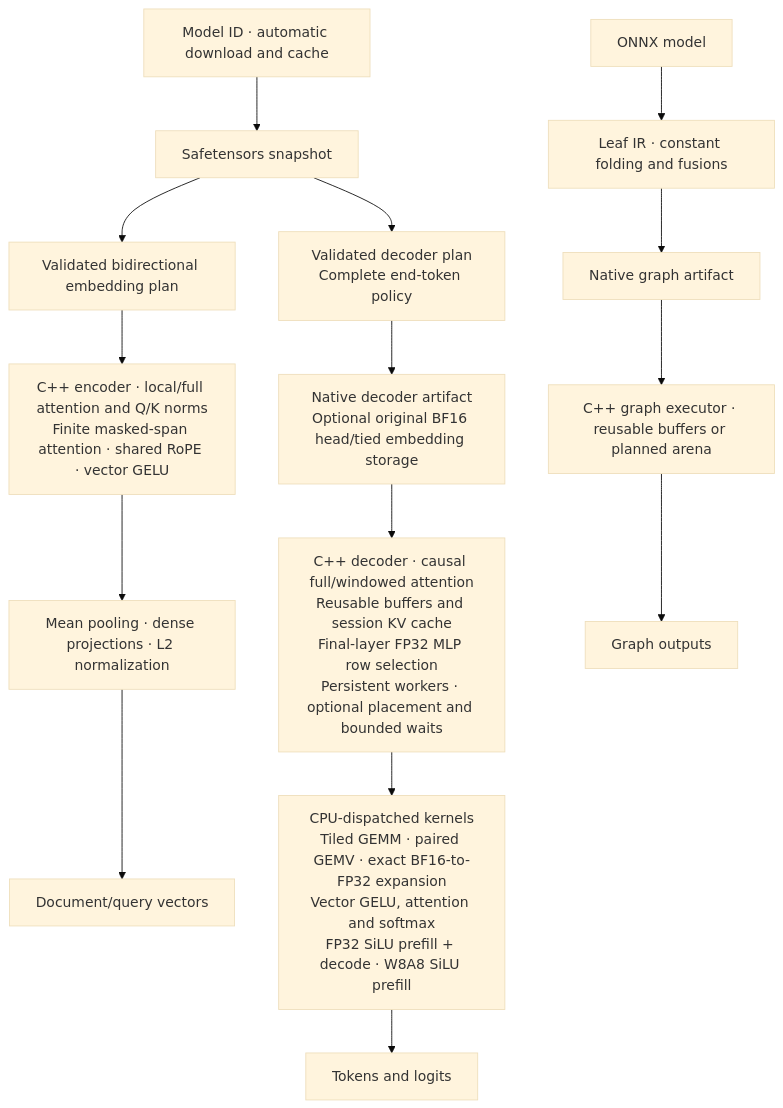
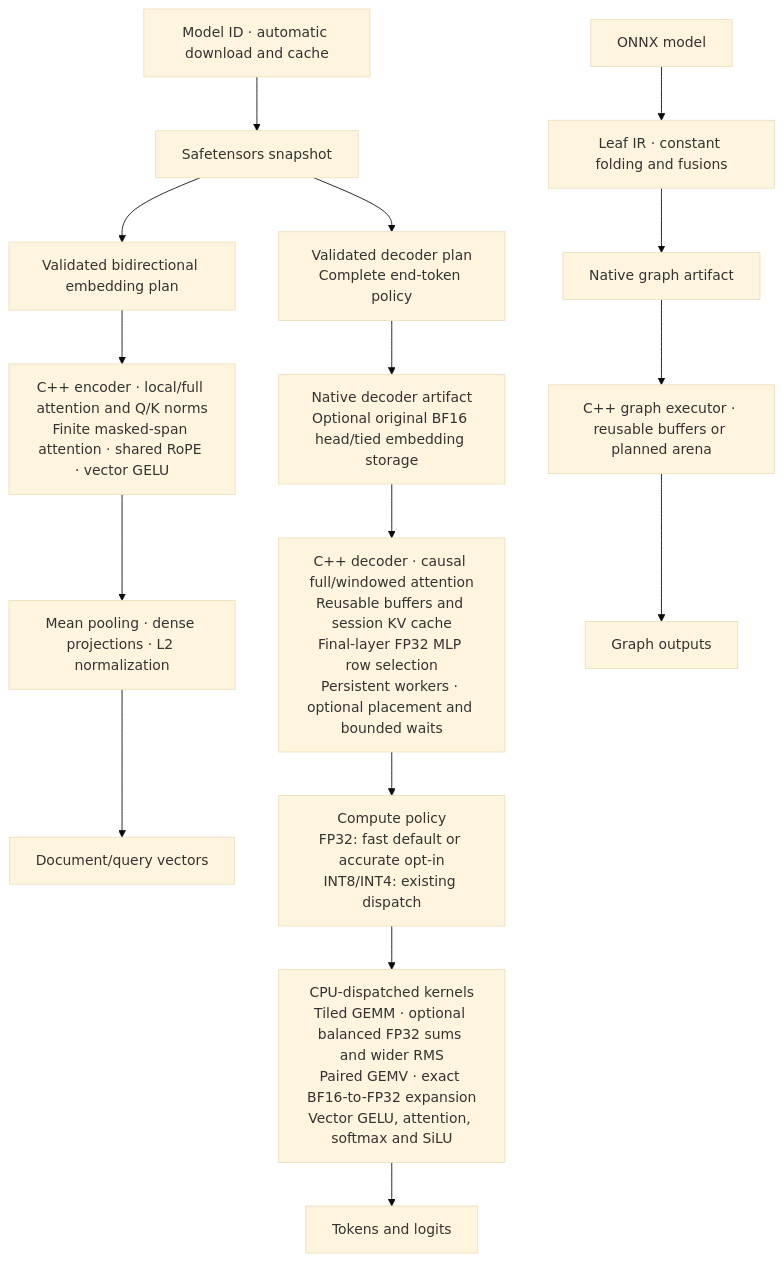
Before and after one commit to Nbit-51/Leaf: the first of 2 diagrams in README.md, drawn with Mermaid (base theme). The commit also changed other lines of this file and 22 other files, not shown here.

Commit message:
Add native accurate FP32 policy and combined BF16 storage checks

````diff
--- a/README.md
+++ b/README.md
@@ -152,17 +157,18 @@
 ```mermaid
 flowchart TB
     H["Model ID · automatic download and cache"] --> S["Safetensors snapshot"]
     S --> P["Validated decoder plan<br/>Complete end-token policy"]
     S --> B["Validated bidirectional embedding plan"]
     B --> N["C++ encoder · local/full attention and Q/K norms<br/>Finite masked-span attention · shared RoPE · vector GELU"]
     N --> V["Mean pooling · dense projections · L2 normalization"]
     V --> F["Document/query vectors"]
     O["ONNX model"] --> G["Leaf IR · constant folding and fusions"]
     P --> D["Native decoder artifact<br/>Optional original BF16 head/tied embedding storage"]
     G --> A["Native graph artifact"]
     D --> R["C++ decoder · causal full/windowed attention<br/>Reusable buffers and session KV cache<br/>Final-layer FP32 MLP row selection<br/>Persistent workers · optional placement and bounded waits"]
     A --> E["C++ graph executor · reusable buffers or planned arena"]
-    R --> K["CPU-dispatched kernels<br/>Tiled GEMM · paired GEMV · exact BF16-to-FP32 expansion<br/>Vector GELU, attention and softmax<br/>FP32 SiLU prefill + decode · W8A8 SiLU prefill"]
+    R --> M["Compute policy<br/>FP32: fast default or accurate opt-in<br/>INT8/INT4: existing dispatch"]
+    M --> K["CPU-dispatched kernels<br/>Tiled GEMM · optional balanced FP32 sums and wider RMS<br/>Paired GEMV · exact BF16-to-FP32 expansion<br/>Vector GELU, attention, softmax and SiLU"]
     K --> T["Tokens and logits"]
     E --> U["Graph outputs"]
 ```
````
